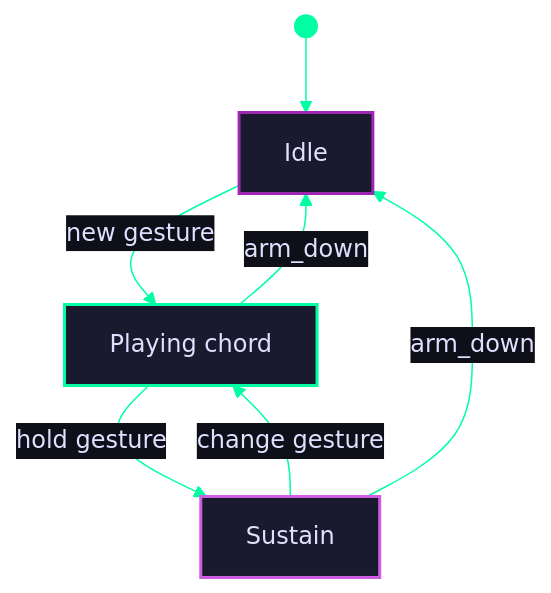
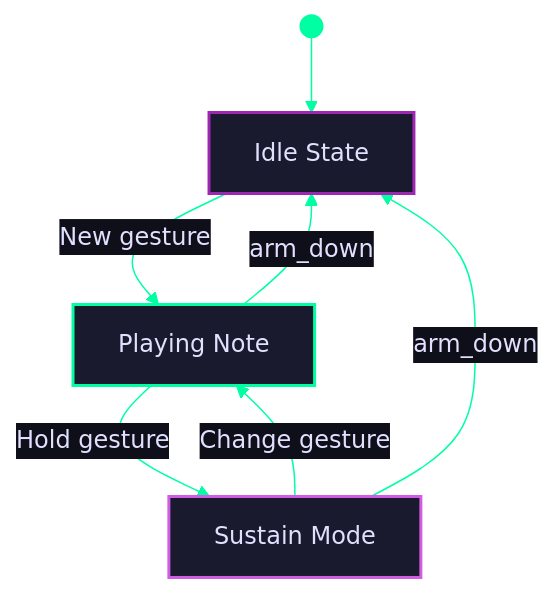
One commit to ajbarea/bioradio-music changed the third of 3 diagrams in docs/architecture.md. Above: the diagram before and after it, drawn with Mermaid. The commit also changed other lines of this file and 5 other files, not shown here.

````diff
--- a/docs/architecture.md
+++ b/docs/architecture.md
@@ -135,28 +131,28 @@
 ```mermaid
 %%{init: {'theme': 'base', 'themeVariables': {
     'primaryColor': '#1a1a2e',
     'primaryTextColor': '#e0e0ff',
     'primaryBorderColor': '#00ffa2',
     'lineColor': '#00ffa2',
     'secondaryColor': '#0f0f1a',
     'tertiaryColor': '#12121f',
     'nodeTextColor': '#e0e0ff'
 }}}%%
 flowchart TD
     START(( )) --> IDLE
 
-    IDLE["Idle"]
-    PLAYING["Playing chord"]
-    SUSTAIN["Sustain"]
+    IDLE["Idle State"]
+    PLAYING["Playing Note"]
+    SUSTAIN["Sustain Mode"]
 
-    IDLE -->|"new gesture"| PLAYING
-    PLAYING -->|"hold gesture"| SUSTAIN
-    SUSTAIN -->|"change gesture"| PLAYING
+    IDLE -->|"New gesture"| PLAYING
+    PLAYING -->|"Hold gesture"| SUSTAIN
+    SUSTAIN -->|"Change gesture"| PLAYING
     PLAYING -->|"arm_down"| IDLE
     SUSTAIN -->|"arm_down"| IDLE
 
     style START fill:#00ffa2,stroke:#00ffa2,color:#00ffa2
     style IDLE fill:#1a1a2e,stroke:#9d27b0,stroke-width:2px,color:#e0e0ff
     style PLAYING fill:#1a1a2e,stroke:#00ffa2,stroke-width:2px,color:#e0e0ff
     style SUSTAIN fill:#1a1a2e,stroke:#d05ce3,stroke-width:2px,color:#e0e0ff
 ```
````
